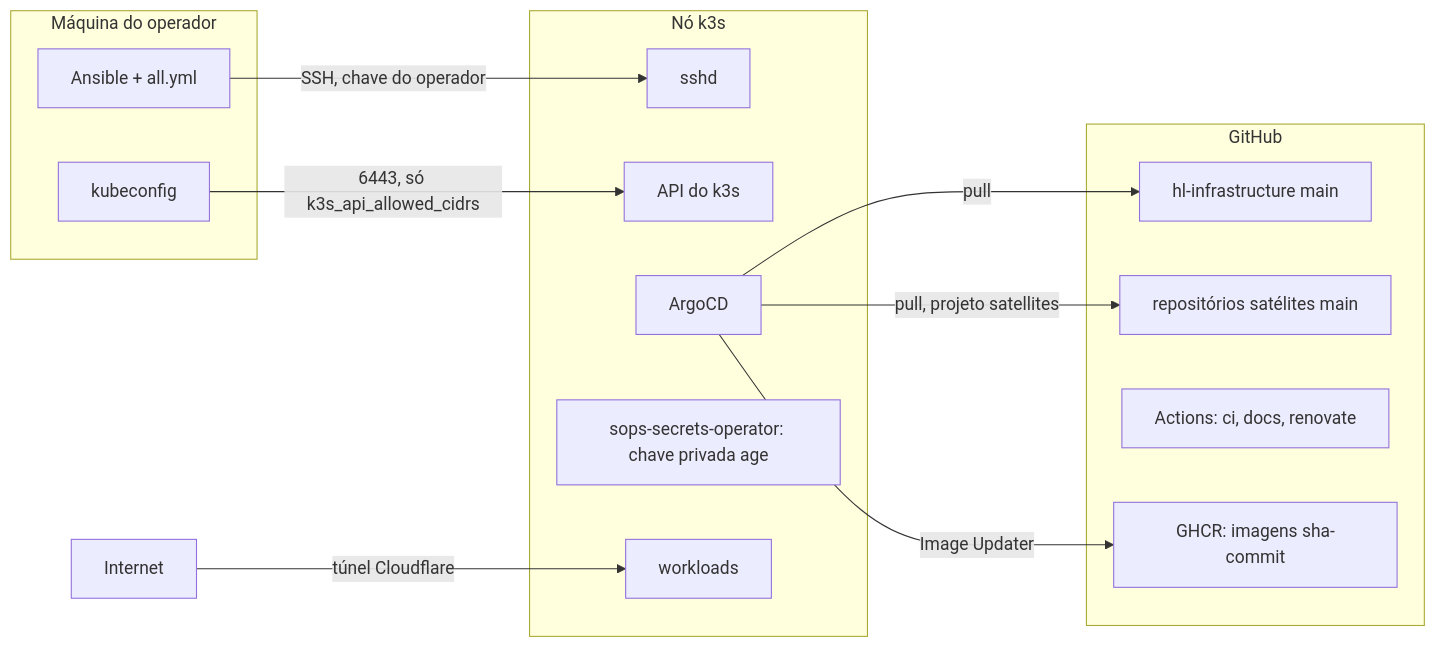
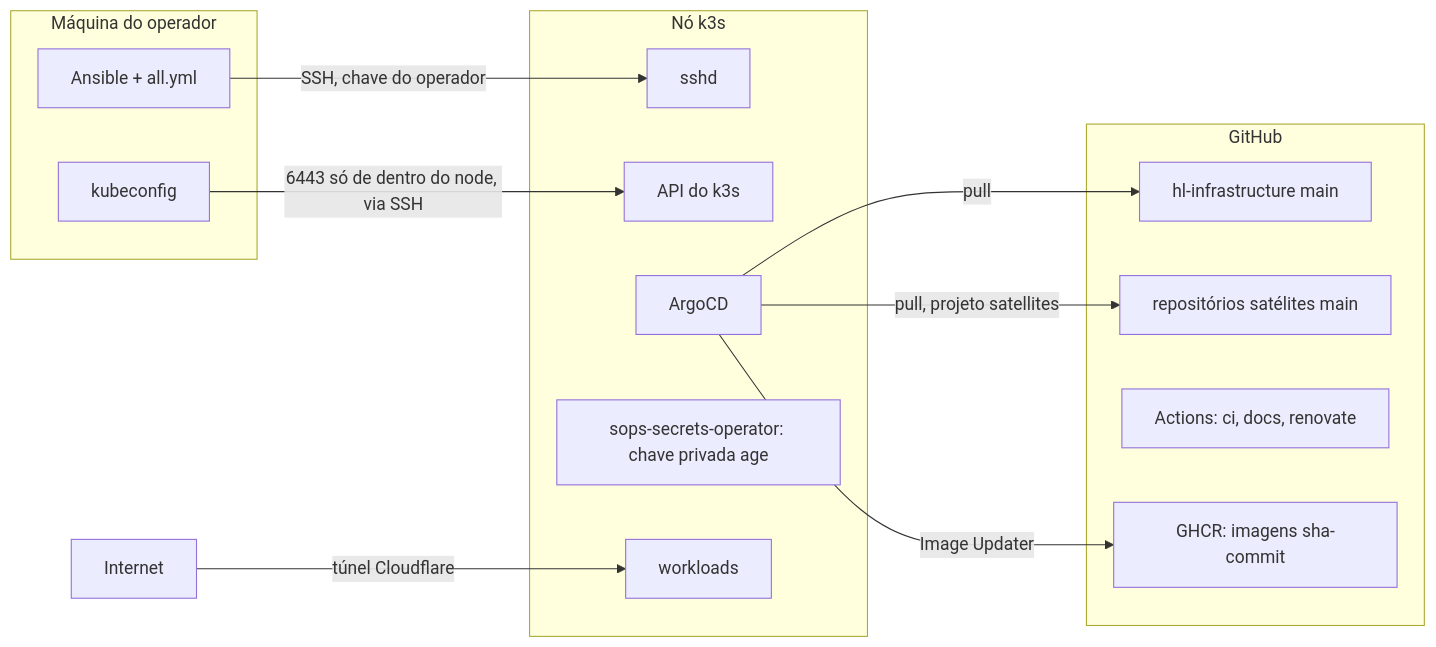
The first of 2 diagrams in docs/arquitetura/modelo-de-ameacas.md (guesant/hl-infrastructure), drawn with Mermaid before and after one commit. The commit also changed other lines of this file and 9 other files, not shown here.

Commit message:
feat(firewall): close the k3s api to every network, kubectl on the node

````diff
--- a/docs/arquitetura/modelo-de-ameacas.md
+++ b/docs/arquitetura/modelo-de-ameacas.md
@@ -13,27 +13,27 @@
 ```mermaid
 flowchart LR
   subgraph operador["Máquina do operador"]
     ansible["Ansible + all.yml"]
     kubeconfig["kubeconfig"]
   end
   subgraph github["GitHub"]
     infra["hl-infrastructure main"]
     sat["repositórios satélites main"]
     actions["Actions: ci, docs, renovate"]
     ghcr["GHCR: imagens sha-commit"]
   end
   subgraph node["Nó k3s"]
     ssh["sshd"]
     api["API do k3s"]
     argo["ArgoCD"]
     ss["sops-secrets-operator: chave privada age"]
     apps["workloads"]
   end
   internet["Internet"]
   ansible -->|SSH, chave do operador| ssh
-  kubeconfig -->|6443, só k3s_api_allowed_cidrs| api
+  kubeconfig -->|6443 só de dentro do node, via SSH| api
   argo -->|pull| infra
   argo -->|pull, projeto satellites| sat
   argo -->|Image Updater| ghcr
   internet -->|túnel Cloudflare| apps
 ```
````
